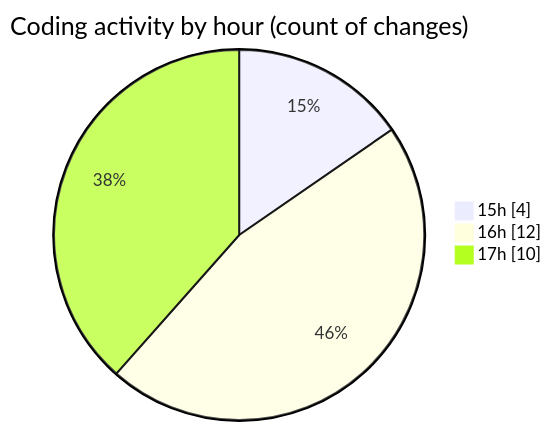
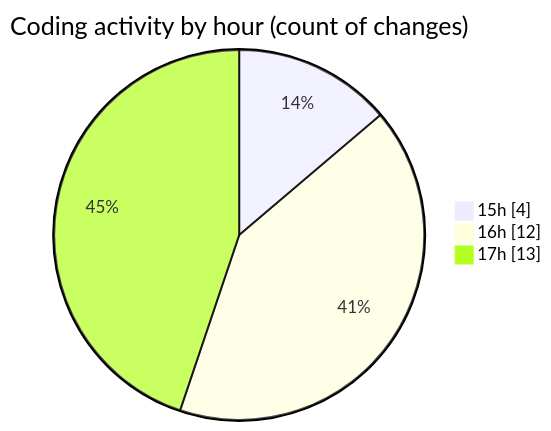
One commit to debugP/code-tracking changed the second of 2 diagrams in 2025-10-06/untitled__workspace_/README.md. Above: the diagram before and after it, drawn with Mermaid. The commit also changed other lines of this file and 1 other file, not shown here.

````diff
--- a/2025-10-06/untitled__workspace_/README.md
+++ b/2025-10-06/untitled__workspace_/README.md
@@ -37,7 +37,7 @@
 ```mermaid
 pie showData
 title Coding activity by hour (count of changes)
 "15h" : 4
 "16h" : 12
-"17h" : 10
+"17h" : 13
 ```
````
